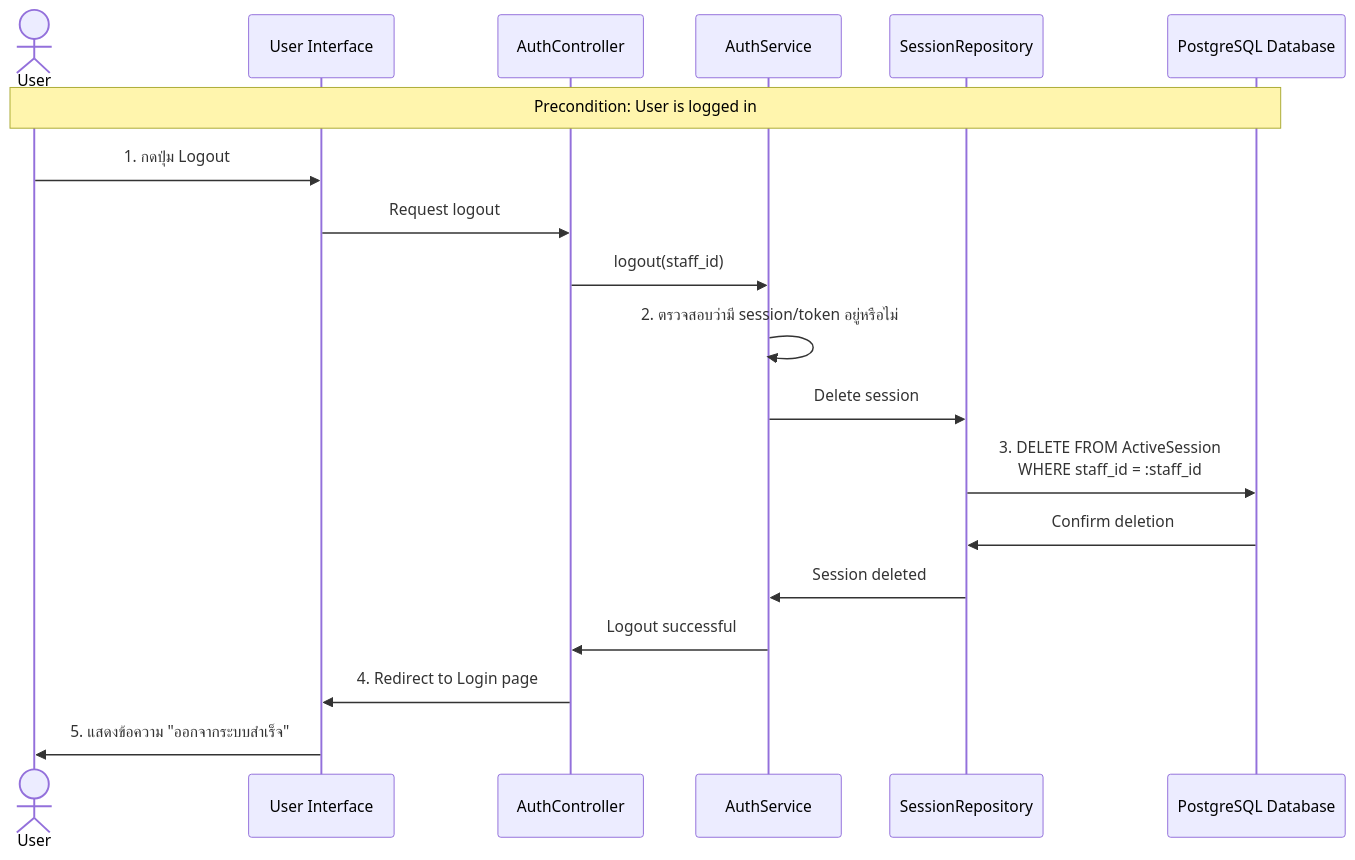
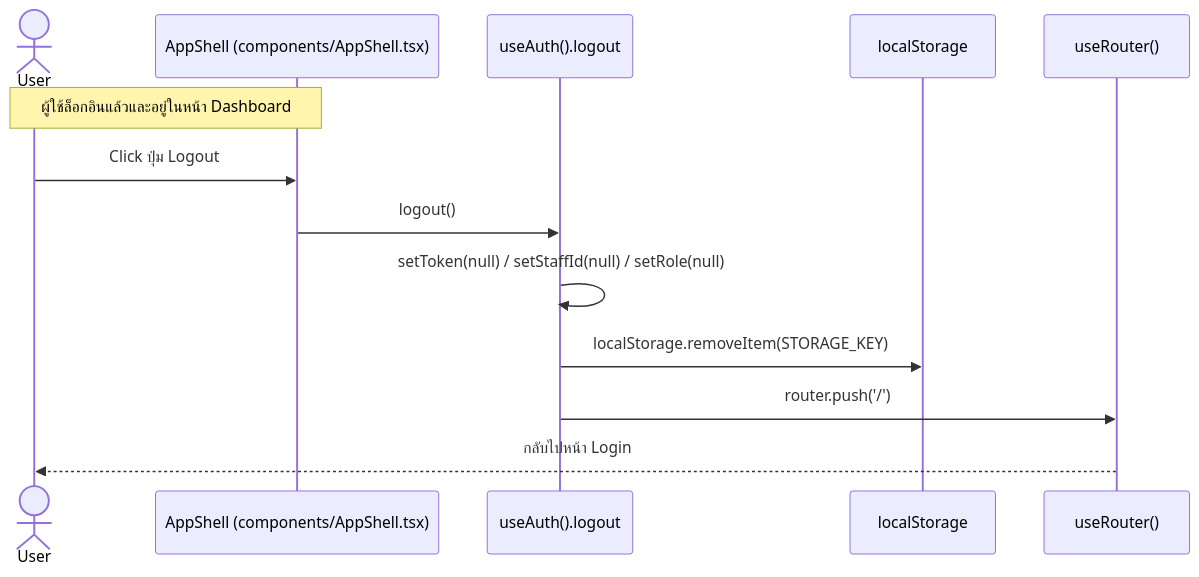
Before and after one commit to PawatW/InvetoryManagementFullStack: the diagram in SeqDiagramSA/logout.mmd, drawn with Mermaid. The commit also changed 13 other files, not shown here.

Commit message:
Update sequence diagrams with actual frontend flows

```diff
--- a/SeqDiagramSA/logout.mmd
+++ b/SeqDiagramSA/logout.mmd
@@ -1,24 +1,15 @@
 sequenceDiagram
-    actor User as User
-    participant UI as User Interface
-    participant Controller as AuthController
-    participant Service as AuthService
-    participant Repo as SessionRepository
-    participant DB as PostgreSQL Database
+    actor User
+    participant AppShell as AppShell (components/AppShell.tsx)
+    participant AuthContext as useAuth().logout
+    participant Storage as localStorage
+    participant Router as useRouter()
 
-    Note over User,DB: Precondition: User is logged in
+    Note over User,AppShell: ผู้ใช้ล็อกอินแล้วและอยู่ในหน้า Dashboard
 
-    User->>UI: 1. กดปุ่ม Logout
-    UI->>Controller: Request logout
-    Controller->>Service: logout(staff_id)
-    
-    Service->>Service: 2. ตรวจสอบว่ามี session/token อยู่หรือไม่
-    
-    Service->>Repo: Delete session
-    Repo->>DB: 3. DELETE FROM ActiveSession<br/>WHERE staff_id = :staff_id
-    DB->>Repo: Confirm deletion
-    Repo->>Service: Session deleted
-    
-    Service->>Controller: Logout successful
-    Controller->>UI: 4. Redirect to Login page
-    UI->>User: 5. แสดงข้อความ "ออกจากระบบสำเร็จ"
+    User->>AppShell: Click ปุ่ม Logout
+    AppShell->>AuthContext: logout()
+    AuthContext->>AuthContext: setToken(null) / setStaffId(null) / setRole(null)
+    AuthContext->>Storage: localStorage.removeItem(STORAGE_KEY)
+    AuthContext->>Router: router.push('/')
+    Router-->>User: กลับไปหน้า Login
```
